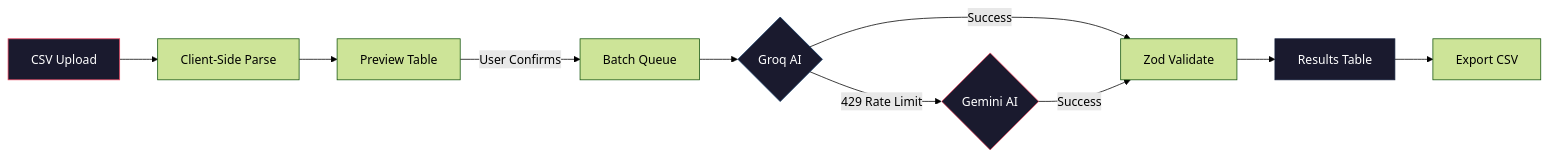
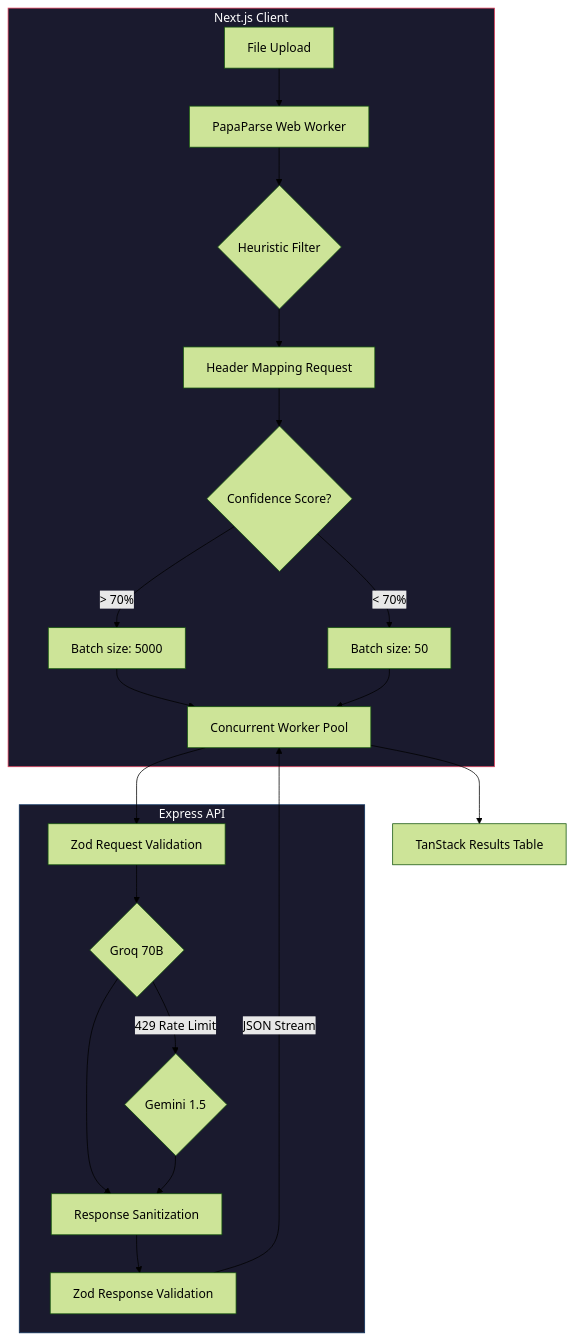
One commit to notUbaid/GridSense changed the diagram in README.md. Above: the diagram before and after it, drawn with Mermaid (forest theme). The commit also changed other lines of this file, not shown here.

Commit message:
docs: update README with comprehensive technical architecture and hardening details

````diff
--- a/README.md
+++ b/README.md
@@ -26,17 +63,26 @@
 ```mermaid
-flowchart LR
-    A[CSV Upload] --> B[Client-Side Parse]
-    B --> C[Preview Table]
-    C -->|User Confirms| D[Batch Queue]
-    D --> E{Groq AI}
-    E -->|429 Rate Limit| F{Gemini AI}
-    E -->|Success| G[Zod Validate]
-    F -->|Success| G
-    G --> H[Results Table]
-    H --> I[Export CSV]
+flowchart TD
+    subgraph Frontend [Next.js Client]
+        A[File Upload] --> B[PapaParse Web Worker]
+        B --> C{Heuristic Filter}
+        C --> D[Header Mapping Request]
+        D --> E{Confidence Score?}
+        E -->|> 70%| F[Batch size: 5000]
+        E -->|< 70%| G[Batch size: 50]
+        F & G --> H[Concurrent Worker Pool]
+    end
+
+    subgraph Backend [Express API]
+        H --> I[Zod Request Validation]
+        I --> J{Groq 70B}
+        J -->|429 Rate Limit| K{Gemini 1.5}
+        J & K --> L[Response Sanitization]
+        L --> M[Zod Response Validation]
+    end
+
+    M -->|JSON Stream| H
+    H --> N[TanStack Results Table]
     
-    style A fill:#1a1a2e,stroke:#e94560,color:#fff
-    style E fill:#1a1a2e,stroke:#0f3460,color:#fff
-    style F fill:#1a1a2e,stroke:#e94560,color:#fff
-    style H fill:#1a1a2e,stroke:#16213e,color:#fff
+    style Frontend fill:#1a1a2e,stroke:#e94560,color:#fff
+    style Backend fill:#1a1a2e,stroke:#0f3460,color:#fff
 ```
````
